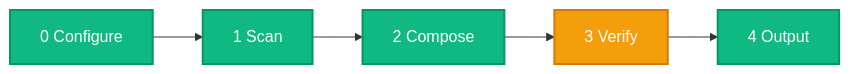
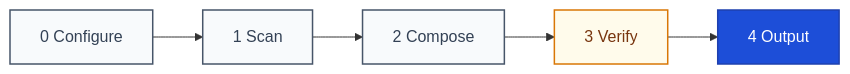
The diagram in README.en.md (LINJIANG12/general-readme-skill), drawn with Mermaid before and after one commit. The commit also changed 13 other files, not shown here.

````diff
--- a/README.en.md
+++ b/README.en.md
@@ -136,10 +136,12 @@
 ```mermaid
 flowchart LR
     P0["0 Configure"] --> P1["1 Scan"] --> P2["2 Compose"] --> P3["3 Verify"] --> P4["4 Output"]
 
-    classDef step fill:#10B981,stroke:#059669,color:#fff,stroke-width:2px
-    classDef gate fill:#F59E0B,stroke:#D97706,color:#fff,stroke-width:2px
+    classDef step fill:#F8FAFC,stroke:#475569,color:#334155,stroke-width:1.5px
+    classDef gate fill:#FFFBEB,stroke:#D97706,color:#78350F,stroke-width:1.5px
+    classDef focal fill:#1D4ED8,stroke:#1E40AF,color:#FFFFFF,stroke-width:1.5px
 
-    class P0,P1,P2,P4 step
+    class P0,P1,P2 step
     class P3 gate
+    class P4 focal
 ```
````
